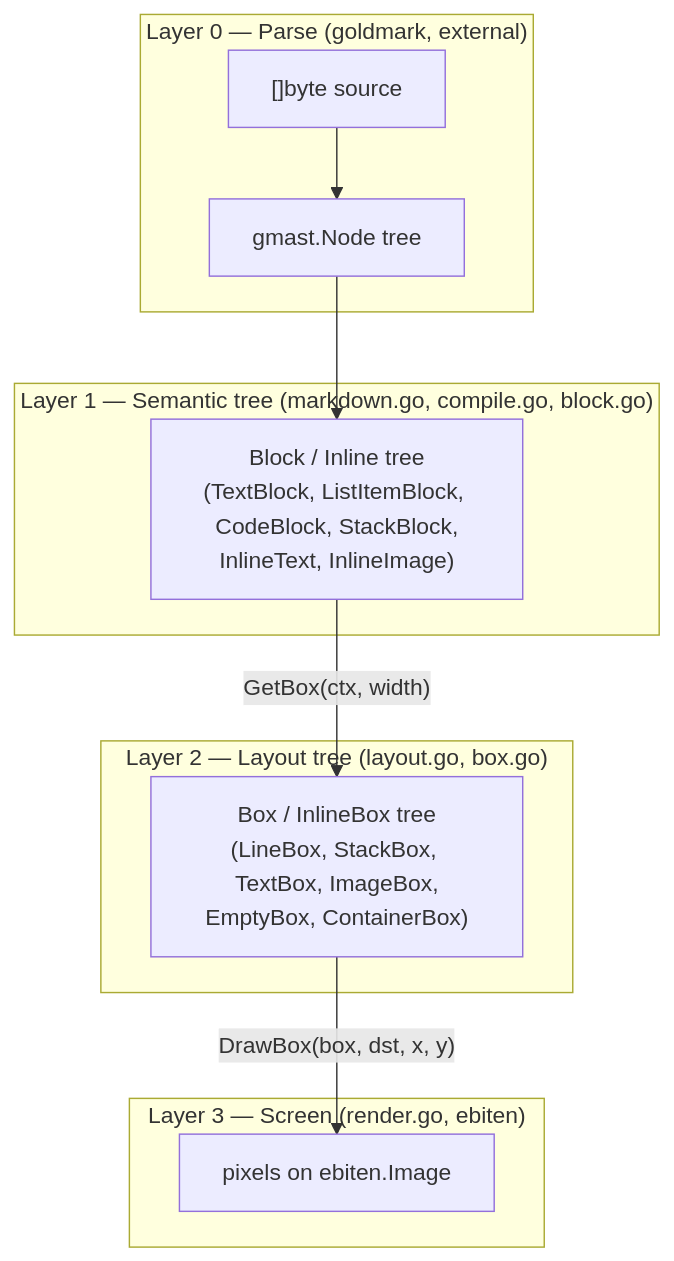
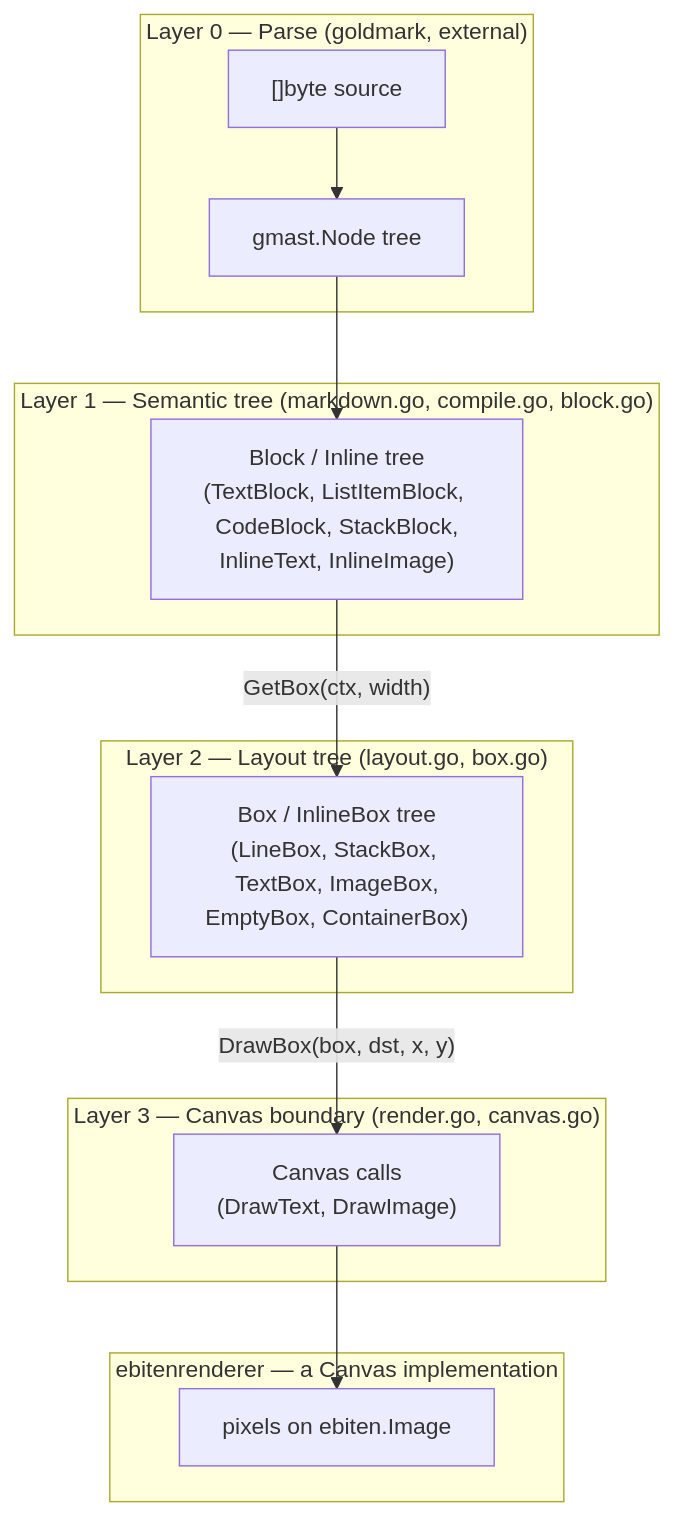
The diagram in ARCHITECTURE.md (arnodel/whynot), drawn with Mermaid before and after one commit. The commit also changed other lines of this file, not shown here.

First line of the commit message:
Update ARCHITECTURE.md for the Canvas split and lazy layout

````diff
--- a/ARCHITECTURE.md
+++ b/ARCHITECTURE.md
@@ -24,15 +27,18 @@
 ```mermaid
 flowchart TD
     subgraph L0["Layer 0 — Parse (goldmark, external)"]
         A["[]byte source"] --> B["gmast.Node tree"]
     end
     subgraph L1["Layer 1 — Semantic tree (markdown.go, compile.go, block.go)"]
         B --> C["Block / Inline tree\n(TextBlock, ListItemBlock, CodeBlock, StackBlock,\nInlineText, InlineImage)"]
     end
     subgraph L2["Layer 2 — Layout tree (layout.go, box.go)"]
         C -- "GetBox(ctx, width)" --> D["Box / InlineBox tree\n(LineBox, StackBox, TextBox, ImageBox,\nEmptyBox, ContainerBox)"]
     end
-    subgraph L3["Layer 3 — Screen (render.go, ebiten)"]
-        D -- "DrawBox(box, dst, x, y)" --> E["pixels on ebiten.Image"]
+    subgraph L3["Layer 3 — Canvas boundary (render.go, canvas.go)"]
+        D -- "DrawBox(box, dst, x, y)" --> E["Canvas calls\n(DrawText, DrawImage)"]
+    end
+    subgraph L4["ebitenrenderer — a Canvas implementation"]
+        E --> F["pixels on ebiten.Image"]
     end
 ```
````
